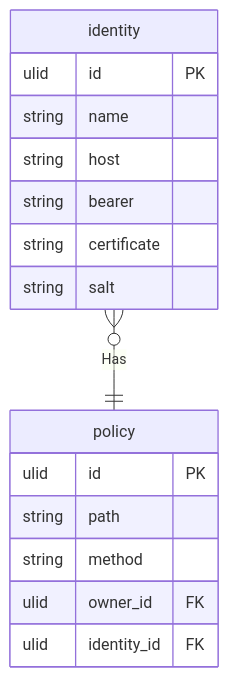
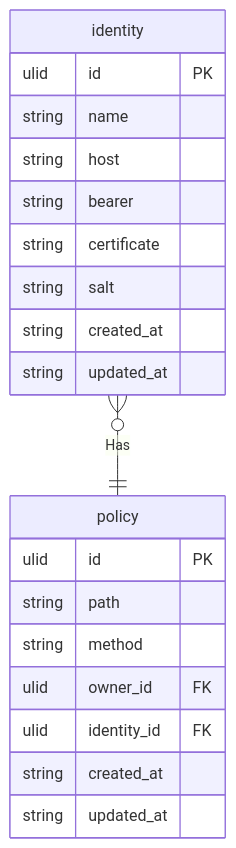
Before and after one commit to GSaiki26/poliwarden: the diagram in README.md, drawn with Mermaid. The commit also changed other lines of this file and 14 other files, not shown here.

Commit message:
Added: database schemas and error

````diff
--- a/README.md
+++ b/README.md
@@ -123,21 +130,25 @@
 ```mermaid
 erDiagram
   identity {
     ulid id PK
     string name
     string host
     string bearer
     string certificate
     string salt
+    string created_at
+    string updated_at
   }
 
   policy {
     ulid id PK
     string path
     string method
     ulid owner_id FK
     ulid identity_id FK
+    string created_at
+    string updated_at
   }
 
   identity zero or many -- only one policy : Has
 ```
````
